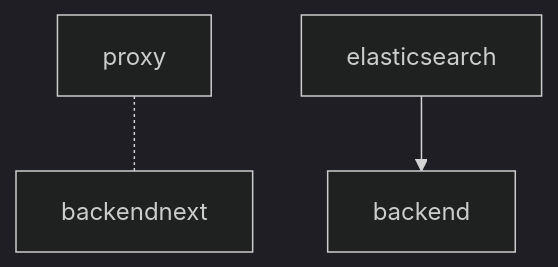
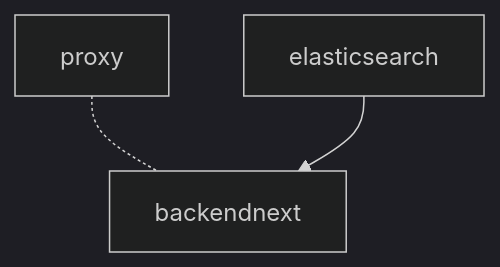
Before and after one commit to SciCatProject/scicatlive: the diagram in services/backendnext/README.md, drawn with Mermaid (dark theme).

Commit message:
fix type in readme

````diff
--- a/services/backendnext/README.md
+++ b/services/backendnext/README.md
@@ -26,5 +26,5 @@
 ```mermaid
 graph TD   
     proxy -.- backendnext
-    elasticsearch --> backend
+    elasticsearch --> backendnext
 ```
````
